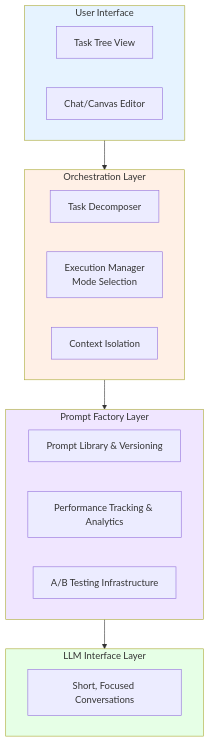
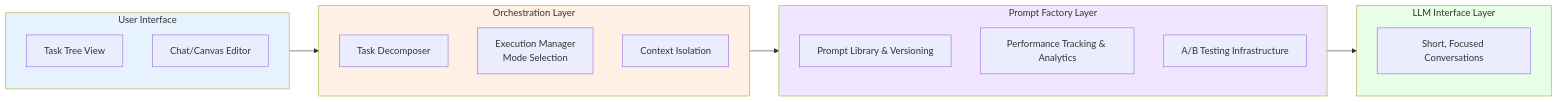
Before and after one commit to tartavull/context: the fourth of 5 diagrams in docs/index.md, drawn with Mermaid. The commit also changed other lines of this file and 2 other files, not shown here.

Commit message:
Clean up documentation: add MIT license, remove placeholders, make diagrams horizontal

```diff
--- a/docs/index.md
+++ b/docs/index.md
@@ -136,32 +133,32 @@
 <div class="mermaid">
-flowchart TD
+flowchart LR
     subgraph UI["User Interface"]
         A[Task Tree View]
         B[Chat/Canvas Editor]
     end
     
     subgraph OL["Orchestration Layer"]
         C[Task Decomposer]
         D[Execution Manager<br/>Mode Selection]
         E[Context Isolation]
     end
     
     subgraph PF["Prompt Factory Layer"]
         F[Prompt Library & Versioning]
         G[Performance Tracking & Analytics]
         H[A/B Testing Infrastructure]
     end
     
     subgraph LLM["LLM Interface Layer"]
         I[Short, Focused Conversations]
     end
     
     UI --> OL
     OL --> PF
     PF --> LLM
     
     style UI fill:#e6f3ff
     style OL fill:#fff0e6
     style PF fill:#f0e6ff
     style LLM fill:#e6ffe6
 </div>
```
